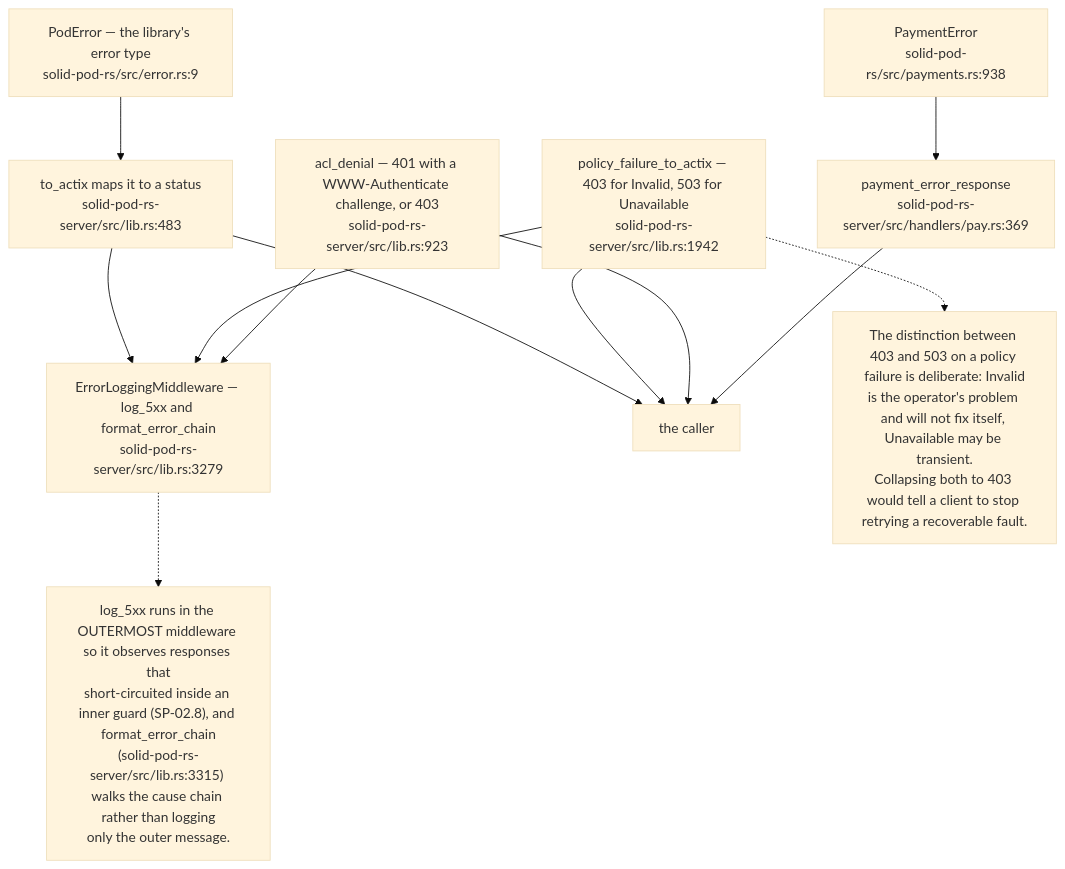
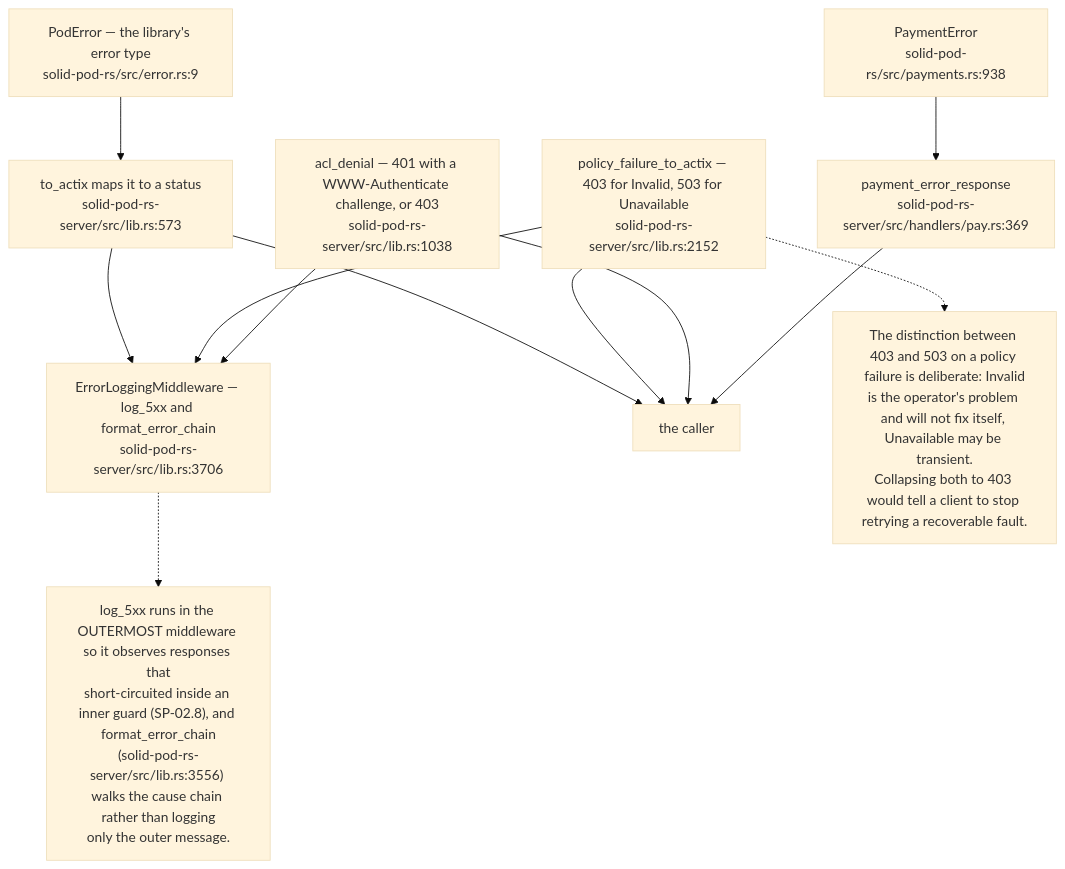
Before and after one commit to DreamLab-AI/VisionFlow: the ninth of 12 diagrams in docs/diagrams/solid-pod-rs/10-failure-modes-and-invariants.md, drawn with Mermaid (base theme). The commit also changed other lines of this file and 160 other files, not shown here.

````diff
--- a/docs/diagrams/solid-pod-rs/10-failure-modes-and-invariants.md
+++ b/docs/diagrams/solid-pod-rs/10-failure-modes-and-invariants.md
@@ -247,24 +252,24 @@
 ```mermaid
 flowchart TD
     POD["PodError — the library's error type<br/>solid-pod-rs/src/error.rs:9"]
-    TA["to_actix maps it to a status<br/>solid-pod-rs-server/src/lib.rs:483"]
-    PF["policy_failure_to_actix — 403 for Invalid, 503 for Unavailable<br/>solid-pod-rs-server/src/lib.rs:1942"]
-    AD["acl_denial — 401 with a WWW-Authenticate challenge, or 403<br/>solid-pod-rs-server/src/lib.rs:923"]
+    TA["to_actix maps it to a status<br/>solid-pod-rs-server/src/lib.rs:573"]
+    PF["policy_failure_to_actix — 403 for Invalid, 503 for Unavailable<br/>solid-pod-rs-server/src/lib.rs:2152"]
+    AD["acl_denial — 401 with a WWW-Authenticate challenge, or 403<br/>solid-pod-rs-server/src/lib.rs:1038"]
     PE["PaymentError<br/>solid-pod-rs/src/payments.rs:938"]
     PR["payment_error_response<br/>solid-pod-rs-server/src/handlers/pay.rs:369"]
-    LOG["ErrorLoggingMiddleware — log_5xx and format_error_chain<br/>solid-pod-rs-server/src/lib.rs:3279"]
+    LOG["ErrorLoggingMiddleware — log_5xx and format_error_chain<br/>solid-pod-rs-server/src/lib.rs:3706"]
     C["the caller"]
 
     POD --> TA --> C
     PF --> C
     AD --> C
     PE --> PR --> C
     TA --> LOG
     PF --> LOG
     AD --> LOG
 
     N["The distinction between 403 and 503 on a policy failure is deliberate: Invalid<br/>is the operator's problem and will not fix itself, Unavailable may be transient.<br/>Collapsing both to 403 would tell a client to stop retrying a recoverable fault."]
     PF -.-> N
-    N2["log_5xx runs in the OUTERMOST middleware so it observes responses that<br/>short-circuited inside an inner guard (SP-02.8), and format_error_chain<br/>(solid-pod-rs-server/src/lib.rs:3315) walks the cause chain rather than logging<br/>only the outer message."]
+    N2["log_5xx runs in the OUTERMOST middleware so it observes responses that<br/>short-circuited inside an inner guard (SP-02.8), and format_error_chain<br/>(solid-pod-rs-server/src/lib.rs:3556) walks the cause chain rather than logging<br/>only the outer message."]
     LOG -.-> N2
 ```
````
